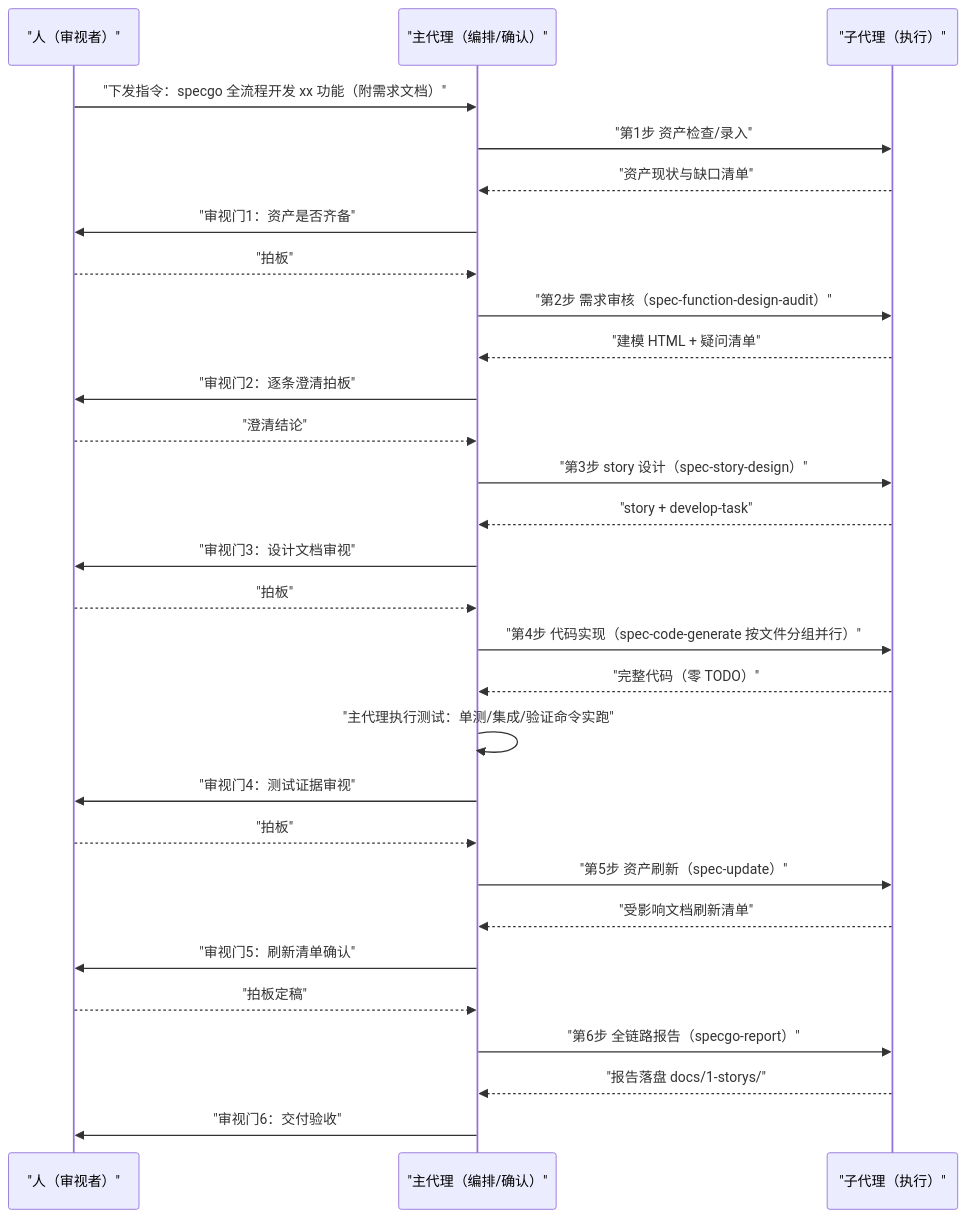
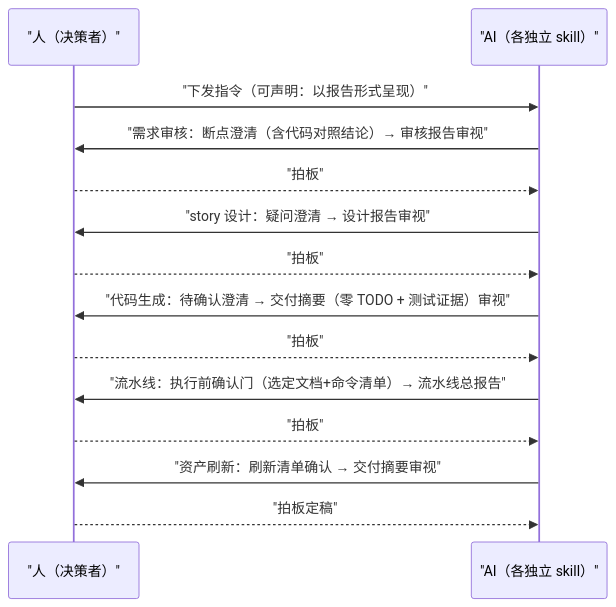
One commit to CoreGeekASTL/specgo changed the fourth of 4 diagrams in README.md. Above: the diagram before and after it, drawn with Mermaid. The commit also changed other lines of this file and 73 other files, not shown here.

Commit message:
feat: 插件结构重构：取消 specgo 编排层与 spec-admin（spec-init/spec-index/specgo-report 移除），asset-audit 改名下放 spec-analyze 子流程，链路 4 子流程升格独立 skill（spec-requirement-audit 新增代码对照与双模式澄清）并新增 spec-pipeline（单子代理执行 pipeline-skill.md）；README/HELP/INSTALL/bootstrap 同步；版本升 3.0.0

````diff
--- a/README.md
+++ b/README.md
@@ -158,31 +135,16 @@
 ```mermaid
 sequenceDiagram
-    participant H as "人（审视者）"
-    participant M as "主代理（编排/确认）"
-    participant W as "子代理（执行）"
-    H->>M: "下发指令：specgo 全流程开发 xx 功能（附需求文档）"
-    M->>W: "第1步 资产检查/录入"
-    W-->>M: "资产现状与缺口清单"
-    M->>H: "审视门1：资产是否齐备"
-    H-->>M: "拍板"
-    M->>W: "第2步 需求审核（spec-function-design-audit）"
-    W-->>M: "建模 HTML + 疑问清单"
-    M->>H: "审视门2：逐条澄清拍板"
-    H-->>M: "澄清结论"
-    M->>W: "第3步 story 设计（spec-story-design）"
-    W-->>M: "story + develop-task"
-    M->>H: "审视门3：设计文档审视"
-    H-->>M: "拍板"
-    M->>W: "第4步 代码实现（spec-code-generate 按文件分组并行）"
-    W-->>M: "完整代码（零 TODO）"
-    M->>M: "主代理执行测试：单测/集成/验证命令实跑"
-    M->>H: "审视门4：测试证据审视"
-    H-->>M: "拍板"
-    M->>W: "第5步 资产刷新（spec-update）"
-    W-->>M: "受影响文档刷新清单"
-    M->>H: "审视门5：刷新清单确认"
-    H-->>M: "拍板定稿"
-    M->>W: "第6步 全链路报告（specgo-report）"
-    W-->>M: "报告落盘 docs/1-storys/"
-    M->>H: "审视门6：交付验收"
+    participant H as "人（决策者）"
+    participant A as "AI（各独立 skill）"
+    H->>A: "下发指令（可声明：以报告形式呈现）"
+    A->>H: "需求审核：断点澄清（含代码对照结论）→ 审核报告审视"
+    H-->>A: "拍板"
+    A->>H: "story 设计：疑问澄清 → 设计报告审视"
+    H-->>A: "拍板"
+    A->>H: "代码生成：待确认澄清 → 交付摘要（零 TODO + 测试证据）审视"
+    H-->>A: "拍板"
+    A->>H: "流水线：执行前确认门（选定文档+命令清单）→ 流水线总报告"
+    H-->>A: "拍板"
+    A->>H: "资产刷新：刷新清单确认 → 交付摘要审视"
+    H-->>A: "拍板定稿"
 ```
````
